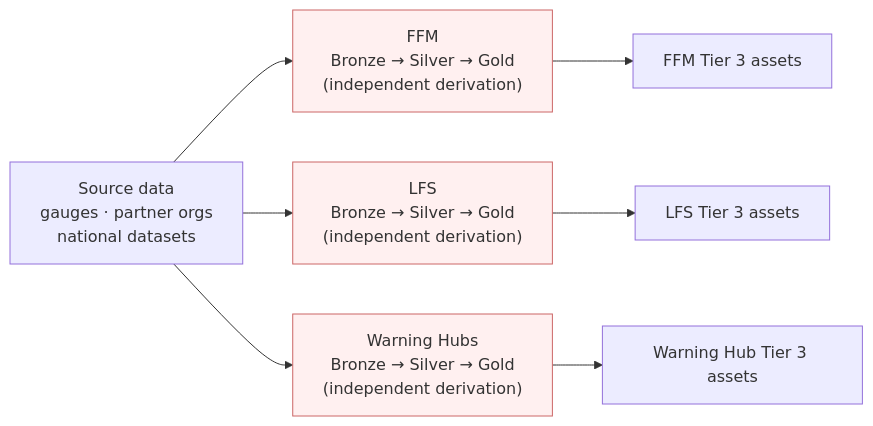
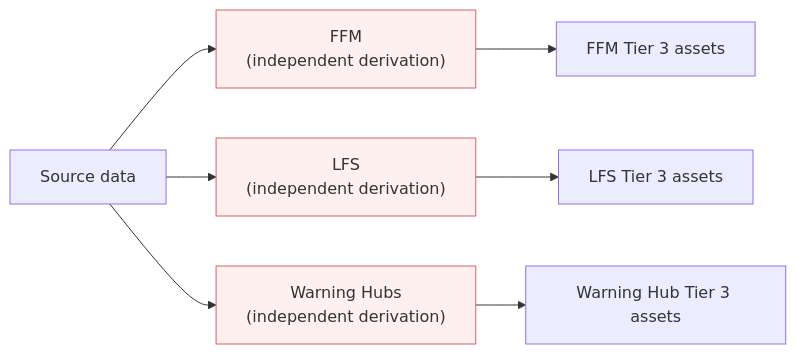
One commit to JonPayneEA/Governance changed the first of 2 diagrams in 03-shared-datasets.qmd. Above: the diagram before and after it, drawn with Mermaid. The commit also changed other lines of this file and 2 other files, not shown here.

Commit message:
fix: replace \n with <br/> in Mermaid node labels; simplify multi-line labels
\n is not interpreted as a line break in Mermaid — renders literally.
Switched to <br/> where line breaks are needed; removed bullet-point
content from node labels in favour of single-line identifiers.

````diff
--- a/03-shared-datasets.qmd
+++ b/03-shared-datasets.qmd
@@ -68,16 +68,21 @@
 ```{mermaid}
 graph LR
-    SRC["Source data\ngauges · partner orgs\nnational datasets"]
+    SRC["Source data"]
+    FFM["FFM<br/>(independent derivation)"]
+    LFS["LFS<br/>(independent derivation)"]
+    WH["Warning Hubs<br/>(independent derivation)"]
+    FFM_T3["FFM Tier 3 assets"]
+    LFS_T3["LFS Tier 3 assets"]
+    WH_T3["Warning Hub Tier 3 assets"]
 
-    SRC --> FFM["FFM\nBronze → Silver → Gold\n(independent derivation)"]
-    SRC --> LFS["LFS\nBronze → Silver → Gold\n(independent derivation)"]
-    SRC --> WH["Warning Hubs\nBronze → Silver → Gold\n(independent derivation)"]
-
-    FFM --> FFM_T3["FFM Tier 3 assets"]
-    LFS --> LFS_T3["LFS Tier 3 assets"]
-    WH --> WH_T3["Warning Hub Tier 3 assets"]
+    SRC --> FFM
+    SRC --> LFS
+    SRC --> WH
+    FFM --> FFM_T3
+    LFS --> LFS_T3
+    WH --> WH_T3
 
     style FFM fill:#fff0f0,stroke:#cc6666
     style LFS fill:#fff0f0,stroke:#cc6666
     style WH fill:#fff0f0,stroke:#cc6666
 ```
````
